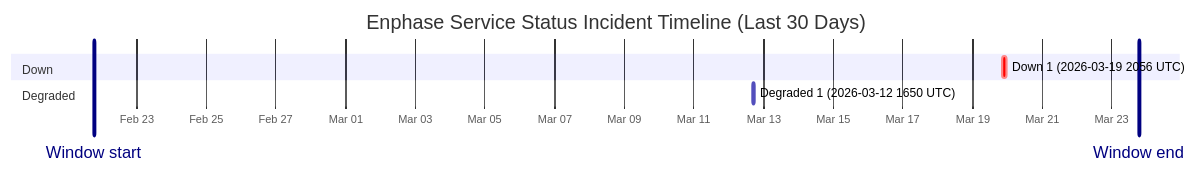
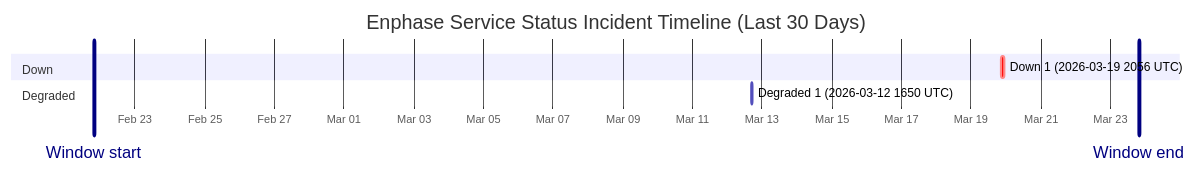
Before and after one commit to barneyonline/ha-enphase-ev-charger: the diagram in wiki/Service-Status-History.md, drawn with Mermaid. The commit also changed other lines of this file and 3 other files, not shown here.

````diff
--- a/wiki/Service-Status-History.md
+++ b/wiki/Service-Status-History.md
@@ -14,12 +14,12 @@
 ```mermaid
 gantt
     title Enphase Service Status Incident Timeline (Last 30 Days)
     dateFormat  YYYY-MM-DDTHH:mm:ss
     axisFormat  %b %d
-    Window start :vert, window-start, 2026-02-21T18:40:27, 0ms
-    Window end :vert, window-end, 2026-03-23T18:40:27, 0ms
+    Window start :vert, window-start, 2026-02-21T19:41:11, 0ms
+    Window end :vert, window-end, 2026-03-23T19:41:11, 0ms
     section Down
     Down 1 (2026-03-19 2056 UTC) :crit, down-1, 2026-03-19T20:56:20, 145m
     section Degraded
     Degraded 1 (2026-03-12 1650 UTC) :active, degraded-1, 2026-03-12T16:50:43, 60m
 ```
````
